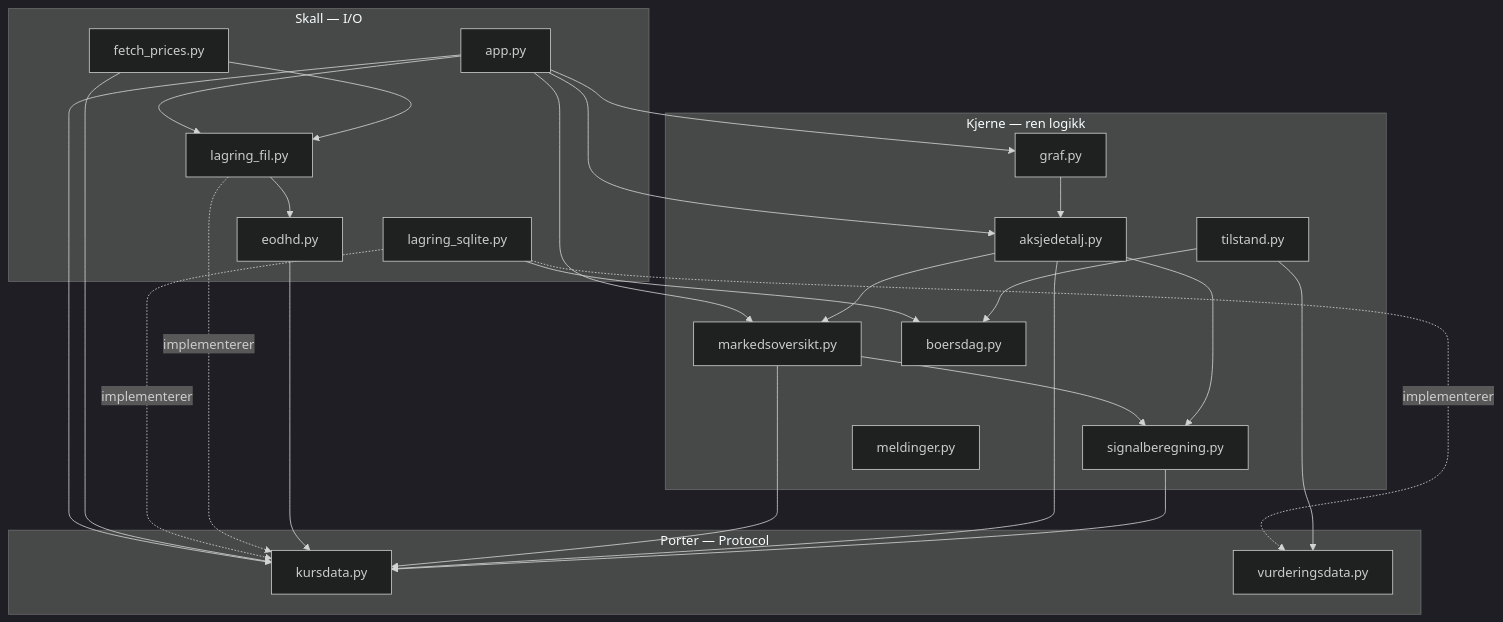
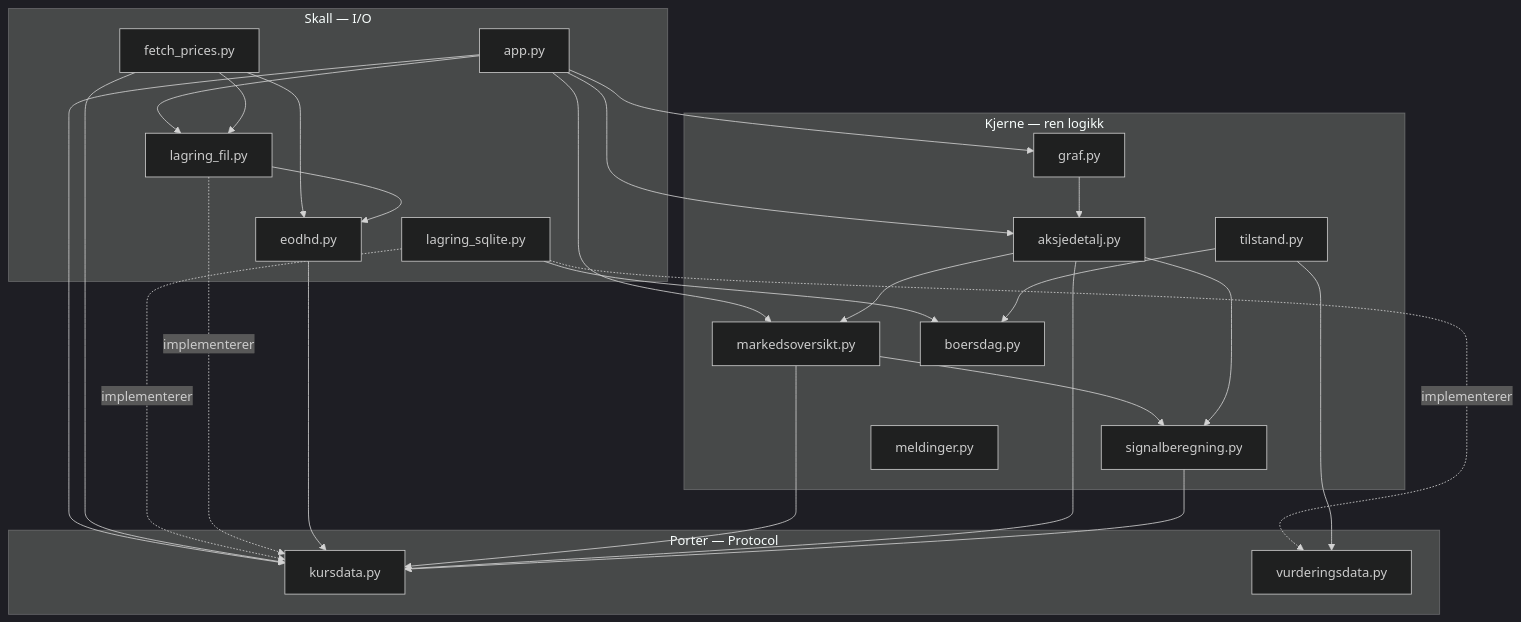
One commit to IBE160-2026/G74-lund-osen changed the first of 3 diagrams in _bmad-output/planning-artifacts/architecture/architecture-G74-lund-osen-2026-09-22/ARCHITECTURE-SPINE.md. Above: the diagram before and after it, drawn with Mermaid (dark theme). The commit also changed other lines of this file and 12 other files, not shown here.

````diff
--- a/_bmad-output/planning-artifacts/architecture/architecture-G74-lund-osen-2026-09-22/ARCHITECTURE-SPINE.md
+++ b/_bmad-output/planning-artifacts/architecture/architecture-G74-lund-osen-2026-09-22/ARCHITECTURE-SPINE.md
@@ -65,46 +65,47 @@
 ```mermaid
 graph TD
     subgraph skall["Skall — I/O"]
         app["app.py"]
         fetch["fetch_prices.py"]
         sqlite["lagring_sqlite.py"]
         fil["lagring_fil.py"]
         eodhd["eodhd.py"]
     end
     subgraph porter["Porter — Protocol"]
         kursdata["kursdata.py"]
         vurdering["vurderingsdata.py"]
     end
     subgraph kjerne["Kjerne — ren logikk"]
         marked["markedsoversikt.py"]
         detalj["aksjedetalj.py"]
         graf["graf.py"]
         signal["signalberegning.py"]
         meld["meldinger.py"]
         boersdag["boersdag.py"]
         tilstand["tilstand.py"]
     end
 
     app --> marked
     app --> detalj
     app --> graf
     app --> kursdata
     app --> fil
     fetch --> kursdata
     fetch --> fil
+    fetch --> eodhd
     sqlite -. implementerer .-> kursdata
     sqlite -. implementerer .-> vurdering
     sqlite --> boersdag
     tilstand --> boersdag
     tilstand --> vurdering
     fil -. implementerer .-> kursdata
     fil --> eodhd
     eodhd --> kursdata
     marked --> signal
     marked --> kursdata
     detalj --> signal
     detalj --> marked
     detalj --> kursdata
     graf --> detalj
     signal --> kursdata
 ```
````
